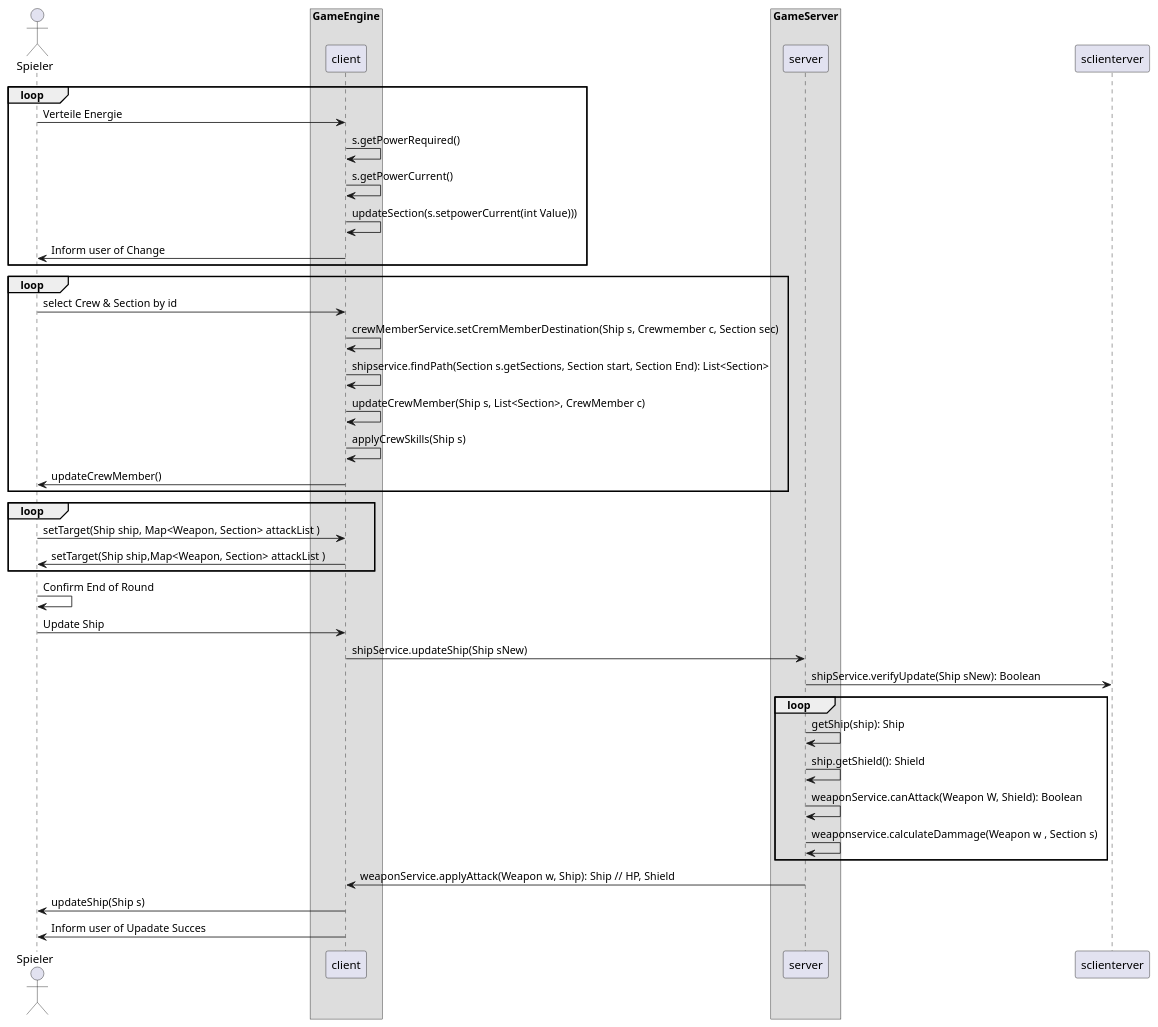
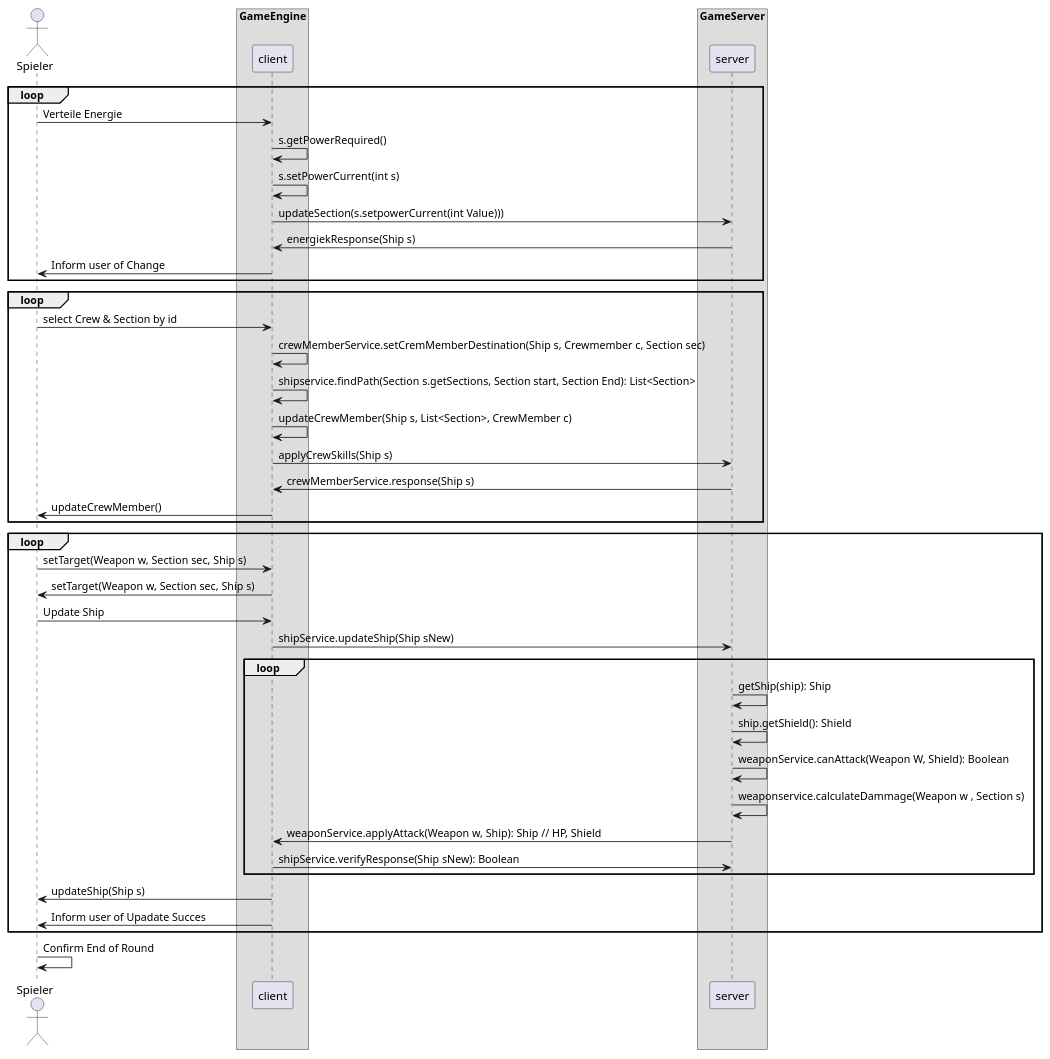
Before and after one commit to ksreyr/SpaceStudio: the first of 2 diagrams in docs/seq.org, drawn with PlantUML. The commit also changed other lines of this file and 6 other files, not shown here.

Commit message:
changes to controller and sequence

```diff
--- a/docs/seq.org
+++ b/docs/seq.org
@@ -5,53 +74,56 @@
 #+BEGIN_SRC plantuml :file kampf.png
 actor Spieler as user
 participant client
 participant server
 
 box "GameEngine"
   participant client
 end box
 
 box "GameServer"
   participant server
 end box
 
 
 loop
 user -> client: Verteile Energie
 client -> client: s.getPowerRequired()
-client -> client: s.getPowerCurrent()
-client -> client: updateSection(s.setpowerCurrent(int Value)))
+client -> client: s.setPowerCurrent(int s)
+client -> server: updateSection(s.setpowerCurrent(int Value)))
+server -> client: energiekResponse(Ship s)
 client -> user: Inform user of Change
 
 end loop
 
 loop
      user -> client: select Crew & Section by id
      client -> client: crewMemberService.setCremMemberDestination(Ship s, Crewmember c, Section sec)
      client -> client: shipservice.findPath(Section s.getSections, Section start, Section End): List<Section>
      client -> client: updateCrewMember(Ship s, List<Section>, CrewMember c)
-     client -> client: applyCrewSkills(Ship s)
+     client -> server: applyCrewSkills(Ship s)
+     server -> client: crewMemberService.response(Ship s)
      client -> user: updateCrewMember()
 end loop
 
 loop
-    user -> client: setTarget(Ship ship, Map<Weapon, Section> attackList )
-    client -> user: setTarget(Ship ship,Map<Weapon, Section> attackList )
-end loop
+    user -> client: setTarget(Weapon w, Section sec, Ship s)
+    client -> user: setTarget(Weapon w, Section sec, Ship s)
 
-user -> user: Confirm End of Round
 user -> client: Update Ship
 client -> server: shipService.updateShip(Ship sNew)
-server -> sclienterver: shipService.verifyUpdate(Ship sNew): Boolean
     loop
          server -> server: getShip(ship): Ship
          server -> server: ship.getShield(): Shield
          server -> server: weaponService.canAttack(Weapon W, Shield): Boolean
          server -> server: weaponservice.calculateDammage(Weapon w , Section s)
+         server -> client: weaponService.applyAttack(Weapon w, Ship): Ship // HP, Shield
+         client -> server: shipService.verifyResponse(Ship sNew): Boolean
     end loop
-    server -> client: weaponService.applyAttack(Weapon w, Ship): Ship // HP, Shield
     client -> user: updateShip(Ship s)
 client -> user: Inform user of Upadate Succes
+end loop
+
+user -> user: Confirm End of Round
 
 
 #+END_SRC
```
